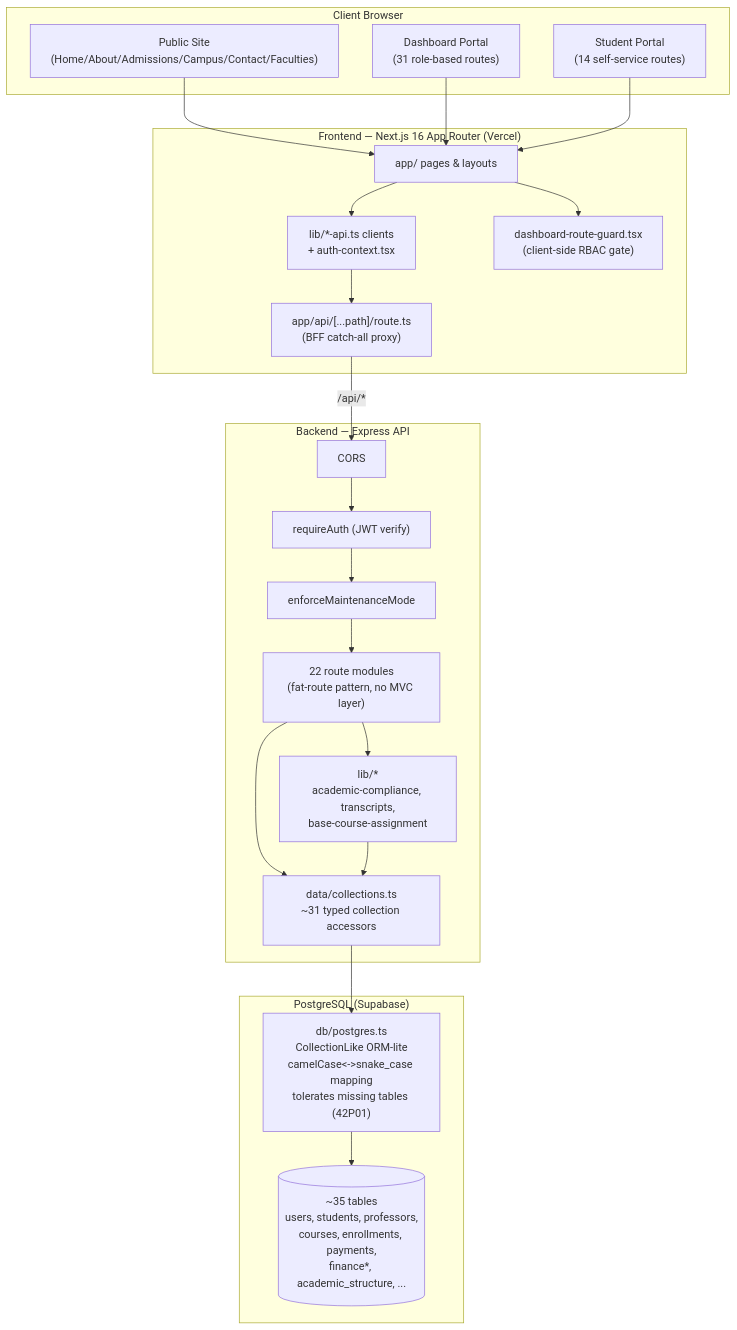
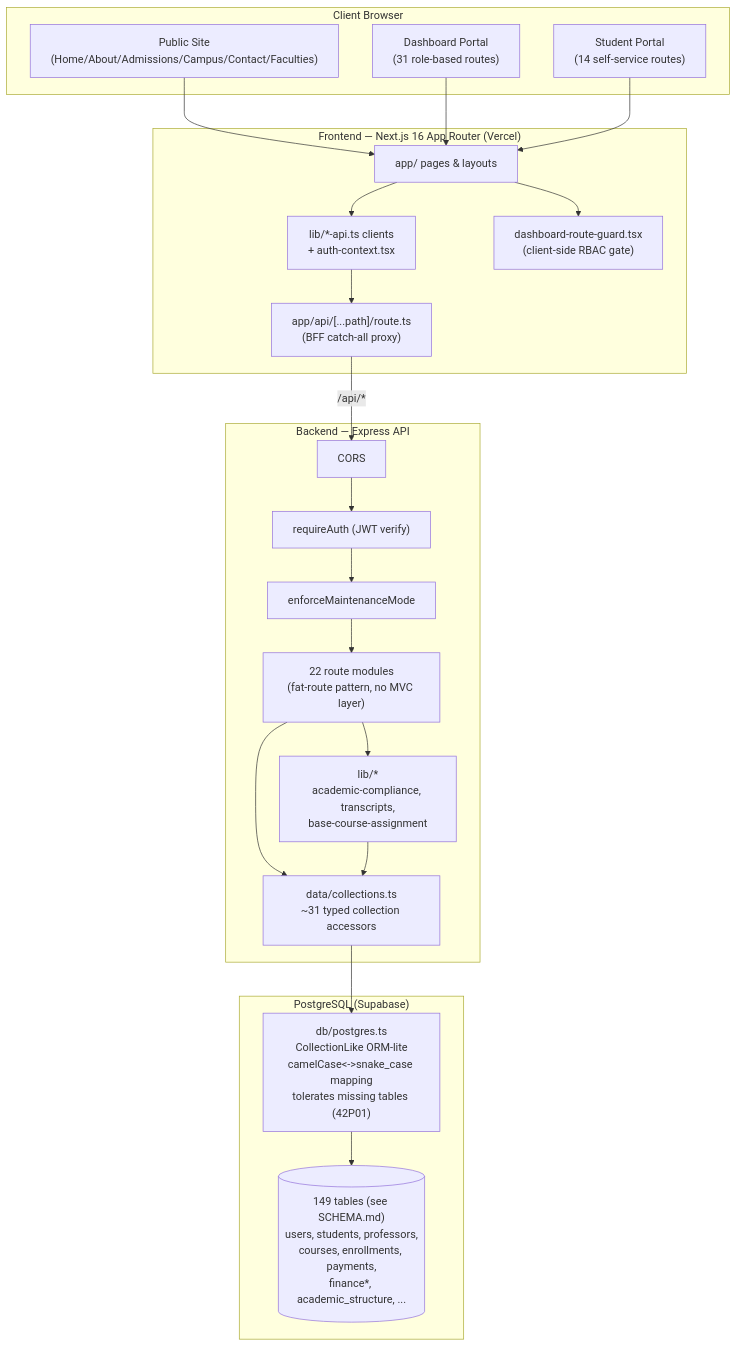
One commit to Taha-Imhamed/UNYX changed the first of 7 diagrams in ARCHITECTURE.md. Above: the diagram before and after it, drawn with Mermaid. The commit also changed other lines of this file and 7 other files, not shown here.

````diff
--- a/ARCHITECTURE.md
+++ b/ARCHITECTURE.md
@@ -25,43 +27,43 @@
 ```mermaid
 flowchart TB
     subgraph Client["Client Browser"]
         PUB["Public Site\n(Home/About/Admissions/Campus/Contact/Faculties)"]
         DASH["Dashboard Portal\n(31 role-based routes)"]
         STU["Student Portal\n(14 self-service routes)"]
     end
 
     subgraph FE["Frontend — Next.js 16 App Router (Vercel)"]
         PAGES["app/ pages & layouts"]
         APICLIENT["lib/*-api.ts clients\n+ auth-context.tsx"]
         PROXY["app/api/[...path]/route.ts\n(BFF catch-all proxy)"]
         GUARD["dashboard-route-guard.tsx\n(client-side RBAC gate)"]
     end
 
     subgraph BE["Backend — Express API"]
         MW1["CORS"]
         MW2["requireAuth (JWT verify)"]
         MW3["enforceMaintenanceMode"]
         ROUTES["22 route modules\n(fat-route pattern, no MVC layer)"]
         LIB["lib/*\nacademic-compliance, transcripts,\nbase-course-assignment"]
         DATA["data/collections.ts\n~31 typed collection accessors"]
     end
 
     subgraph DB["PostgreSQL (Supabase)"]
         PG["db/postgres.ts\nCollectionLike ORM-lite\ncamelCase<->snake_case mapping\ntolerates missing tables (42P01)"]
-        TABLES[("~35 tables\nusers, students, professors,\ncourses, enrollments, payments,\nfinance*, academic_structure, ...")]
+        TABLES[("149 tables (see SCHEMA.md)\nusers, students, professors,\ncourses, enrollments, payments,\nfinance*, academic_structure, ...")]
     end
 
     PUB --> PAGES
     DASH --> PAGES
     STU --> PAGES
     PAGES --> GUARD
     PAGES --> APICLIENT
     APICLIENT --> PROXY
     PROXY -->|"/api/*"| MW1
     MW1 --> MW2 --> MW3 --> ROUTES
     ROUTES --> LIB
     ROUTES --> DATA
     LIB --> DATA
     DATA --> PG
     PG --> TABLES
 ```
````
